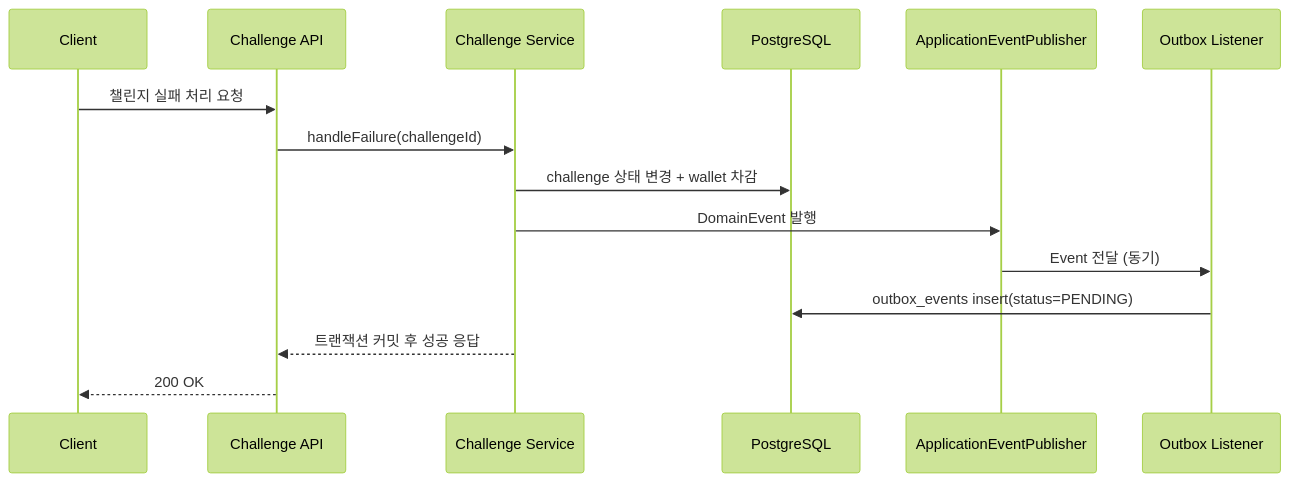
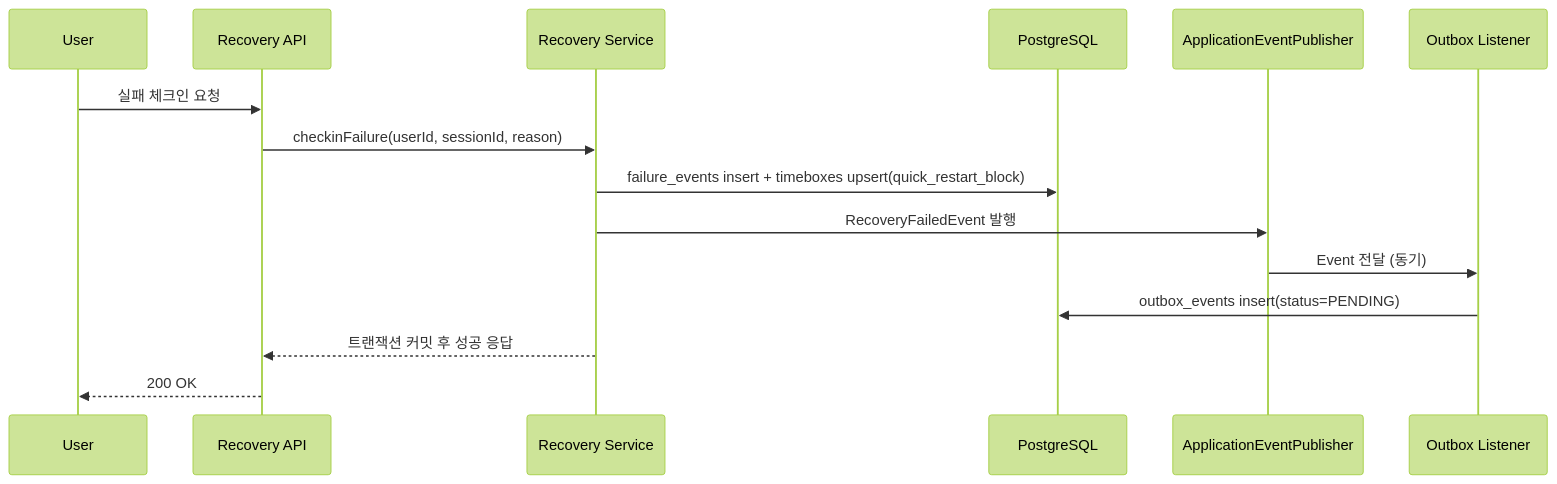
Before and after one commit to Scriptorium-Bright/focus-keeper-backend: the first of 6 diagrams in docs/spec/KEY_FLOWS.md, drawn with Mermaid (forest theme). The commit also changed other lines of this file and 63 other files, not shown here.

````diff
--- a/docs/spec/KEY_FLOWS.md
+++ b/docs/spec/KEY_FLOWS.md
@@ -9,18 +21,18 @@
 ```mermaid
 sequenceDiagram
-  participant C as Client
-  participant API as Challenge API
-  participant S as Challenge Service
+  participant U as User
+  participant API as Recovery API
+  participant S as Recovery Service
   participant DB as PostgreSQL
   participant PUB as ApplicationEventPublisher
   participant L as Outbox Listener
 
-  C->>API: 챌린지 실패 처리 요청
-  API->>S: handleFailure(challengeId)
-  S->>DB: challenge 상태 변경 + wallet 차감
-  S->>PUB: DomainEvent 발행
+  U->>API: 실패 체크인 요청
+  API->>S: checkinFailure(userId, sessionId, reason)
+  S->>DB: failure_events insert + timeboxes upsert(quick_restart_block)
+  S->>PUB: RecoveryFailedEvent 발행
   PUB->>L: Event 전달 (동기)
   L->>DB: outbox_events insert(status=PENDING)
   S-->>API: 트랜잭션 커밋 후 성공 응답
-  API-->>C: 200 OK
+  API-->>U: 200 OK
 ```
````
